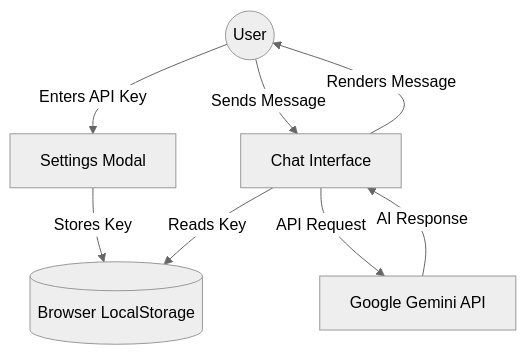
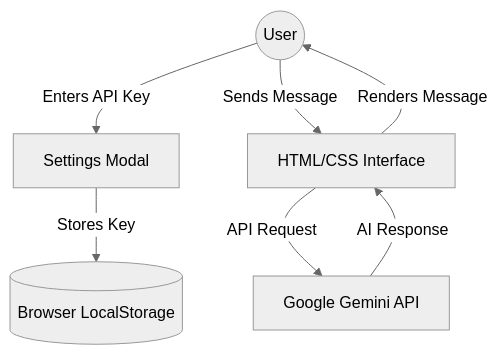
Before and after one commit to blazecodeprakhar/google-chennai-api-tester: the diagram in README.md, drawn with Mermaid (neutral theme). The commit also changed other lines of this file and 15 other files, not shown here.

Commit message:
Complete overhaul: Convert to pure HTML/CSS/JS standalone project for GitHub Pages

````diff
--- a/README.md
+++ b/README.md
@@ -12,10 +12,9 @@
 ```mermaid
 graph TD
     User((User)) -->|Enters API Key| Settings[Settings Modal]
     Settings -->|Stores Key| LocalStorage[(Browser LocalStorage)]
-    User -->|Sends Message| ChatUI[Chat Interface]
-    ChatUI -->|Reads Key| LocalStorage
+    User -->|Sends Message| ChatUI[HTML/CSS Interface]
     ChatUI -->|API Request| GeminiAPI[Google Gemini API]
     GeminiAPI -->|AI Response| ChatUI
     ChatUI -->|Renders Message| User
 ```
````
